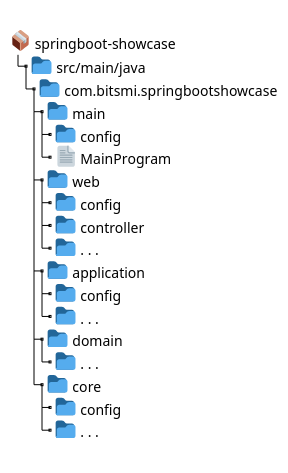
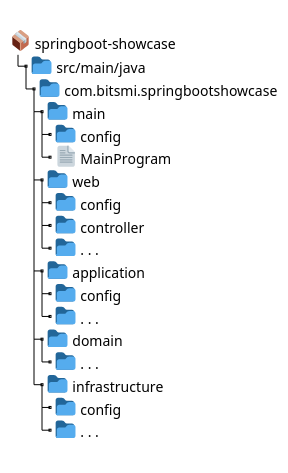
Before and after one commit to bitsmi-blog/springboot-showcase: the third of 3 diagrams in docs/src/main/asciidoc/pages/application/architecture.adoc, drawn with PlantUML. The commit also changed other lines of this file and 164 other files, not shown here.

Commit message:
Rename Core module to Infrastructure

```diff
--- a/docs/src/main/asciidoc/pages/application/architecture.adoc
+++ b/docs/src/main/asciidoc/pages/application/architecture.adoc
@@ -220,31 +220,31 @@
 [plantuml]
 ----
 @startuml
 skinparam Legend {
 	BackgroundColor transparent
 	BorderColor transparent
 }
 legend
 
 <:package:> springboot-showcase
 |_ <:file_folder:> src/main/java
   |_ <:file_folder:> com.bitsmi.springbootshowcase
     |_ <:file_folder:> main
       |_ <:file_folder:> config
       |_ <:page_facing_up:> MainProgram
     |_ <:file_folder:> web
       |_ <:file_folder:> config
       |_ <:file_folder:> controller
       |_ <:file_folder:> . . .
     |_ <:file_folder:> application
       |_ <:file_folder:> config
       |_ <:file_folder:> . . .
     |_ <:file_folder:> domain
       |_ <:file_folder:> . . .
-    |_ <:file_folder:> core
+    |_ <:file_folder:> infrastructure
       |_ <:file_folder:> config
       |_ <:file_folder:> . . .
 
 end legend
 @end uml
 ----
```
